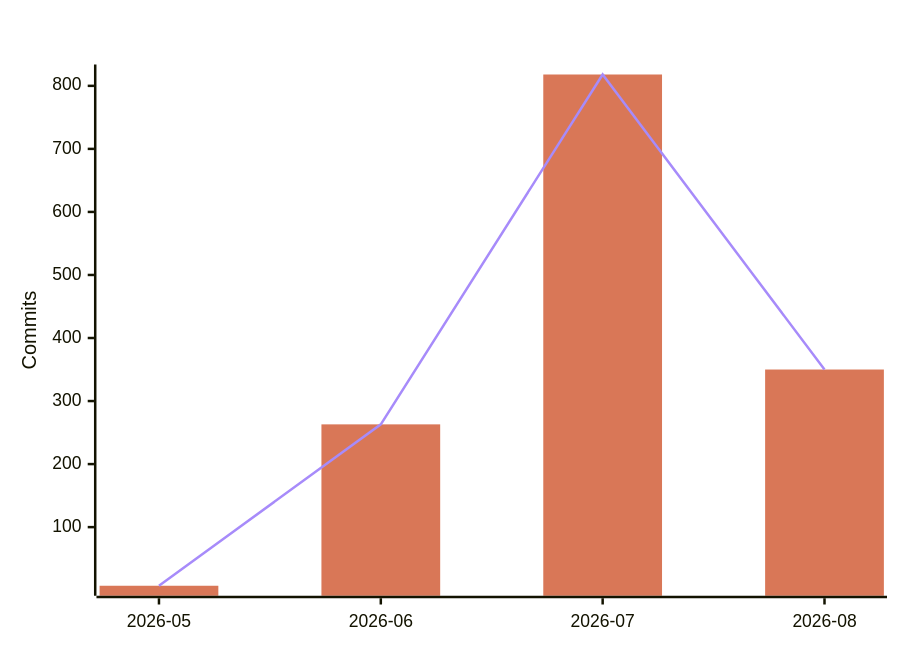
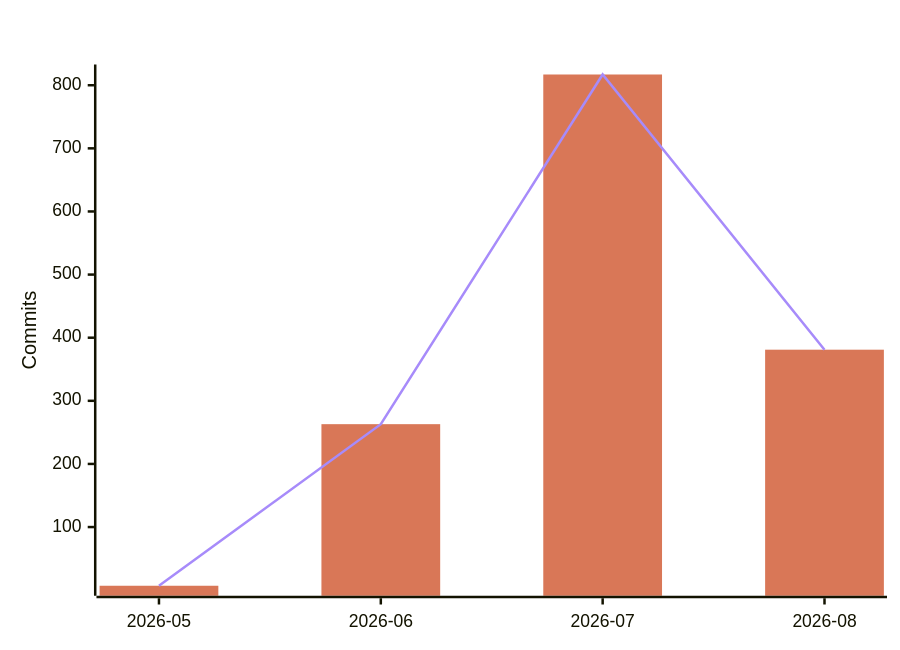
One commit to polo-nyan/polo-nyan changed the fourth of 7 diagrams in README.md. Above: the diagram before and after it, drawn with Mermaid. The commit also changed other lines of this file and 1 other file, not shown here.

````diff
--- a/README.md
+++ b/README.md
@@ -294,9 +294,9 @@
 ```mermaid
 %%{init: {"xyChart": {"titleColor": "#ffffff", "xAxisLabelColor": "#ffffff", "yAxisLabelColor": "#ffffff"}, "themeVariables": {"xyChart": {"titleColor": "#ffffff", "plotColorPalette": "#d97757, #a78bfa"}}}}%%
 xychart-beta
     title "AI-Assisted Commits Per Month"
     x-axis ["2026-05", "2026-06", "2026-07", "2026-08"]
     y-axis "Commits"
-    bar [7, 263, 818, 350]
-    line [7, 263, 818, 350]
+    bar [7, 263, 817, 381]
+    line [7, 263, 817, 381]
 ```
````
